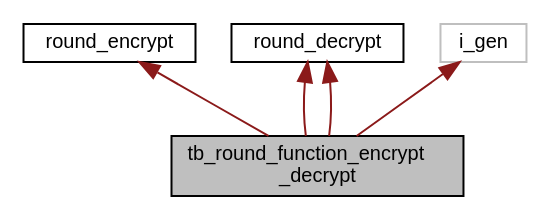
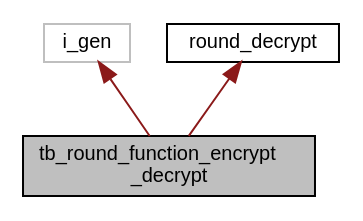
The diagram in d2/d59/enumtb__round__function__encrypt__decrypt__inherit__graph.dot (FlorianFrank/SPECK_Cipher_Verilog), drawn with Graphviz before and after one commit. The commit also changed 161 other files, not shown here.

```diff
--- a/d2/d59/enumtb__round__function__encrypt__decrypt__inherit__graph.dot
+++ b/d2/d59/enumtb__round__function__encrypt__decrypt__inherit__graph.dot
@@ -1,14 +1,11 @@
 digraph "tb_round_function_encrypt_decrypt"
 {
  // INTERACTIVE_SVG=YES
   edge [fontname="Helvetica",fontsize="10",labelfontname="Helvetica",labelfontsize="10"];
   node [fontname="Helvetica",fontsize="10",shape=record];
   Node0 [label="tb_round_function_encrypt\l_decrypt",height=0.2,width=0.4,color="black", fillcolor="grey75", style="filled", fontcolor="black"];
   Node1 -> Node0 [dir="back",color="firebrick4",fontsize="10",style="solid",fontname="Helvetica"];
-  Node1 [label="round_encrypt",height=0.2,width=0.4,color="black", fillcolor="white", style="filled",URL="$d8/d2b/enumround__encrypt.html"];
+  Node1 [label="i_gen",height=0.2,width=0.4,color="grey75", fillcolor="white", style="filled"];
   Node2 -> Node0 [dir="back",color="firebrick4",fontsize="10",style="solid",fontname="Helvetica"];
   Node2 [label="round_decrypt",height=0.2,width=0.4,color="black", fillcolor="white", style="filled",URL="$d9/d37/enumround__decrypt.html"];
-  Node3 -> Node0 [dir="back",color="firebrick4",fontsize="10",style="solid",fontname="Helvetica"];
-  Node3 [label="i_gen",height=0.2,width=0.4,color="grey75", fillcolor="white", style="filled"];
-  Node2 -> Node0 [dir="back",color="firebrick4",fontsize="10",style="solid",fontname="Helvetica"];
 }
```
